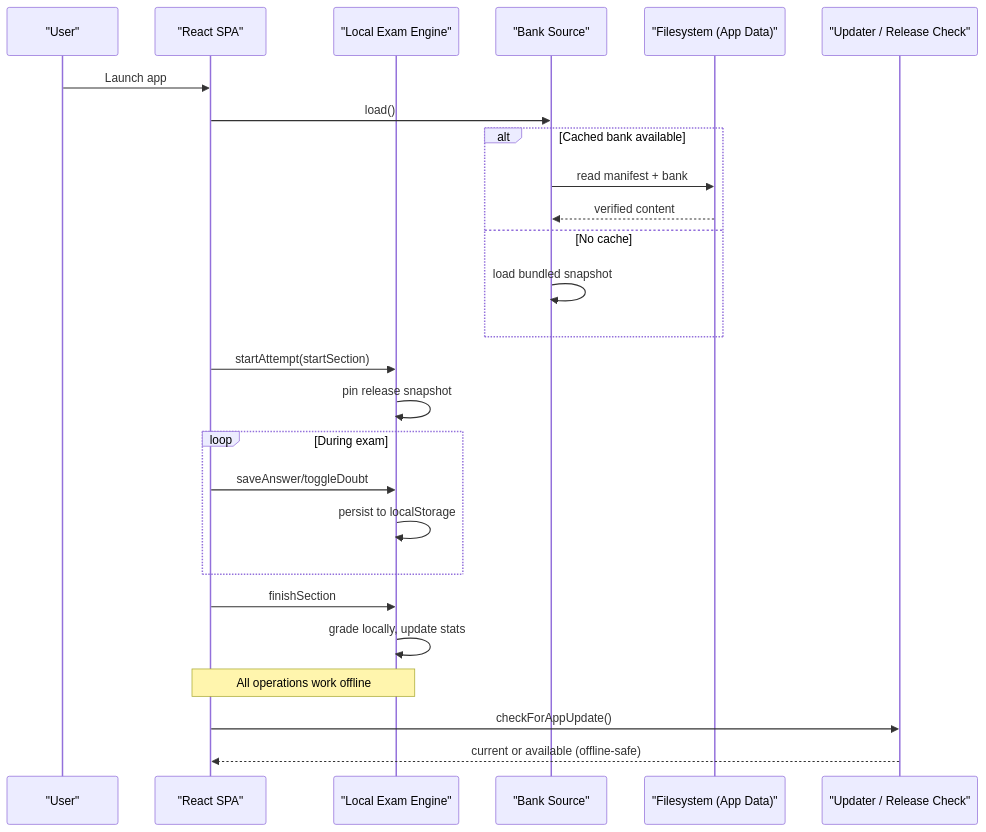
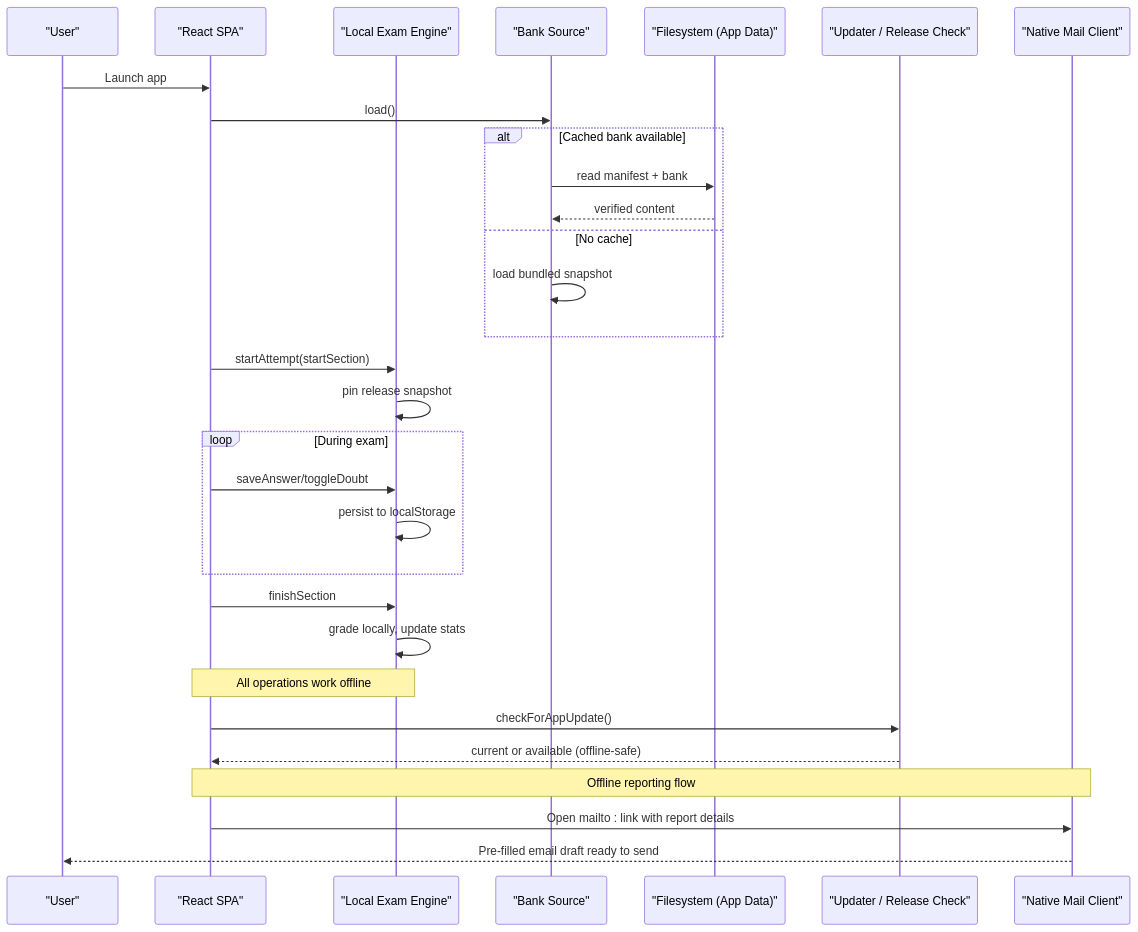
The second of 8 diagrams in .qoder/repowiki/en/content/Architecture Overview/Offline App Architecture/Offline App Architecture.md (muhammadhabibullah/tbs-lpdp), drawn with Mermaid before and after one commit. The commit also changed other lines of this file and 88 other files, not shown here.

````diff
--- a/.qoder/repowiki/en/content/Architecture Overview/Offline App Architecture/Offline App Architecture.md
+++ b/.qoder/repowiki/en/content/Architecture Overview/Offline App Architecture/Offline App Architecture.md
@@ -117,28 +140,32 @@
 ```mermaid
 sequenceDiagram
 participant User as "User"
 participant SPA as "React SPA"
 participant Engine as "Local Exam Engine"
 participant Bank as "Bank Source"
 participant FS as "Filesystem (App Data)"
 participant Updater as "Updater / Release Check"
+participant Mail as "Native Mail Client"
 User->>SPA : Launch app
 SPA->>Bank : load()
 alt Cached bank available
 Bank->>FS : read manifest + bank
 FS-->>Bank : verified content
 else No cache
 Bank->>Bank : load bundled snapshot
 end
 SPA->>Engine : startAttempt(startSection)
 Engine->>Engine : pin release snapshot
 loop During exam
 SPA->>Engine : saveAnswer/toggleDoubt
 Engine->>Engine : persist to localStorage
 end
 SPA->>Engine : finishSection
 Engine->>Engine : grade locally, update stats
 Note over SPA,Engine : All operations work offline
 SPA->>Updater : checkForAppUpdate()
 Updater-->>SPA : current or available (offline-safe)
+Note over SPA,Mail : Offline reporting flow
+SPA->>Mail : Open mailto : link with report details
+Mail-->>User : Pre-filled email draft ready to send
 ```
````
